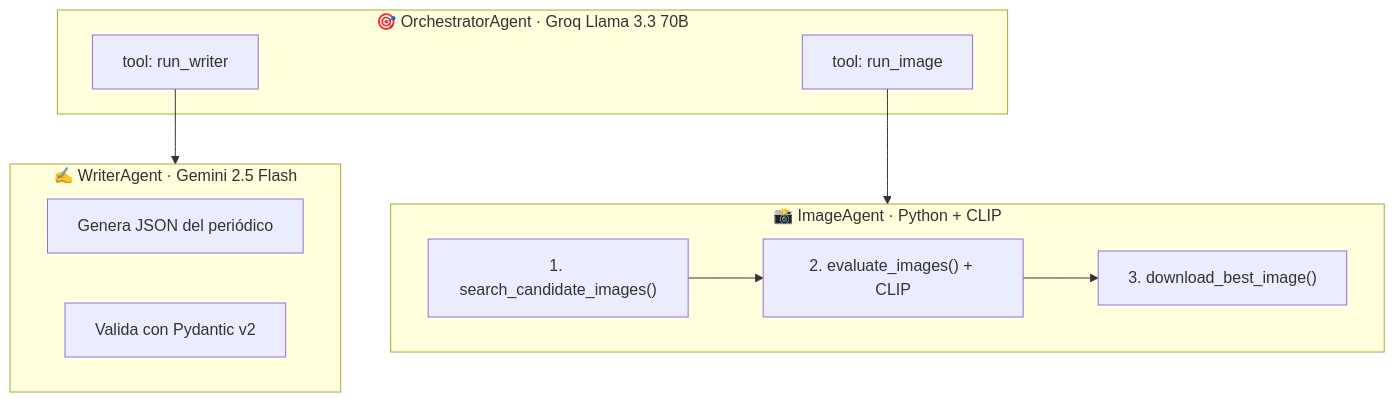
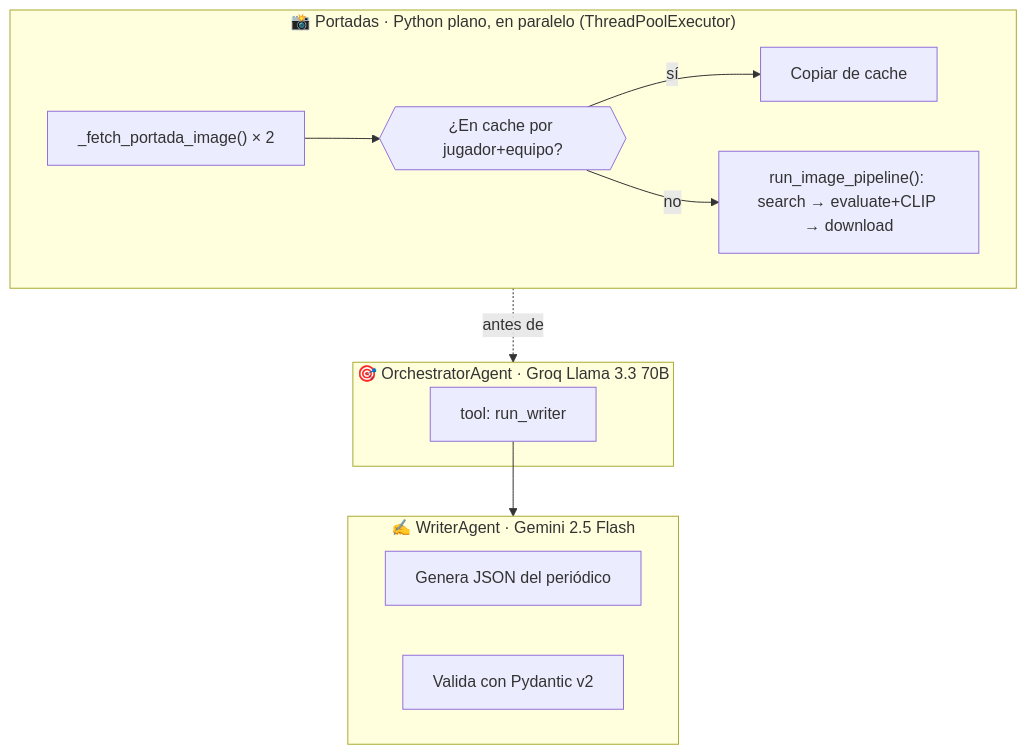
One commit to javica98/MisterFantasy_analytics changed the diagram in docs/pipeline/newspaper.md. Above: the diagram before and after it, drawn with Mermaid. The commit also changed other lines of this file and 19 other files, not shown here.

````diff
--- a/docs/pipeline/newspaper.md
+++ b/docs/pipeline/newspaper.md
@@ -9,22 +9,23 @@
 ```mermaid
 graph TD
+    subgraph Parallel["📸 Portadas · Python plano, en paralelo (ThreadPoolExecutor)"]
+        P1["_fetch_portada_image() × 2"]
+        Cache{{"¿En cache por jugador+equipo?"}}
+        Pipe["run_image_pipeline(): search → evaluate+CLIP → download"]
+        P1 --> Cache
+        Cache -->|sí| Reuse[Copiar de cache]
+        Cache -->|no| Pipe
+    end
+
     subgraph Orchestrator["🎯 OrchestratorAgent · Groq Llama 3.3 70B"]
         T1["tool: run_writer"]
-        T2["tool: run_image"]
     end
 
     subgraph Writer["✍️ WriterAgent · Gemini 2.5 Flash"]
         W1[Genera JSON del periódico]
         W2[Valida con Pydantic v2]
     end
 
-    subgraph Image["📸 ImageAgent · Python + CLIP"]
-        I1["1. search_candidate_images()"]
-        I2["2. evaluate_images() + CLIP"]
-        I3["3. download_best_image()"]
-        I1 --> I2 --> I3
-    end
-
+    Parallel -.antes de.-> Orchestrator
     T1 --> Writer
-    T2 --> Image
 ```
````
